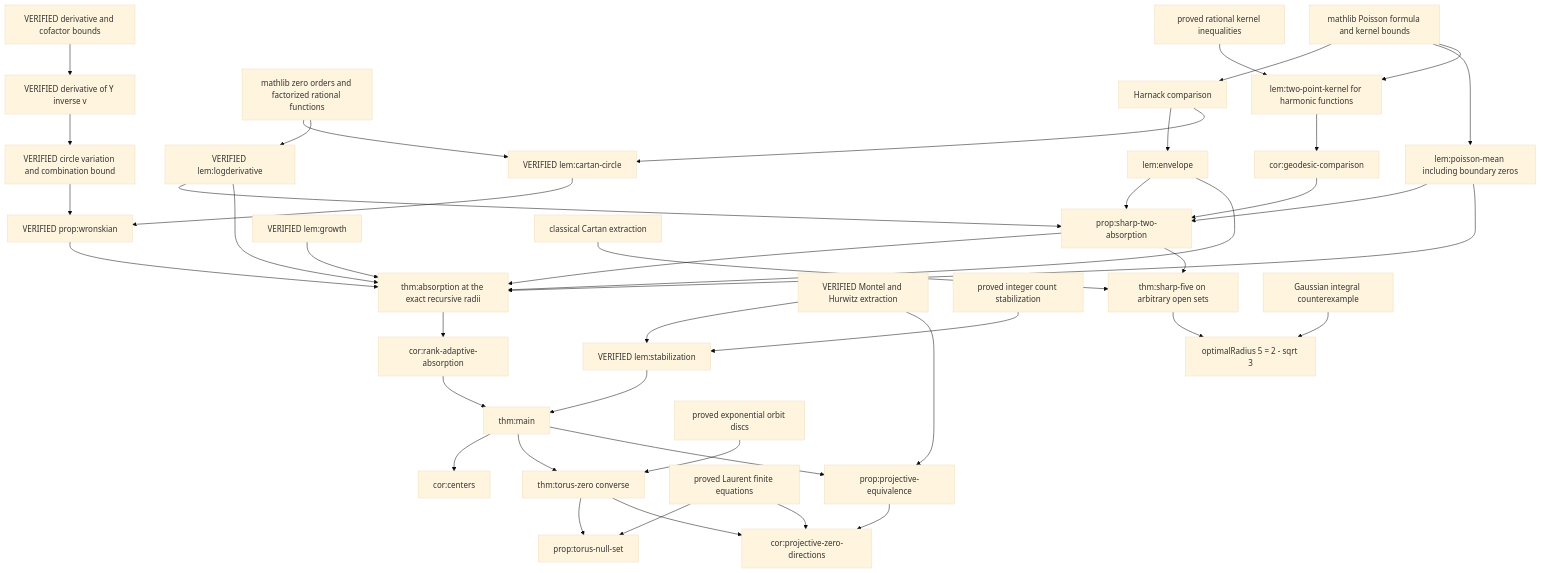
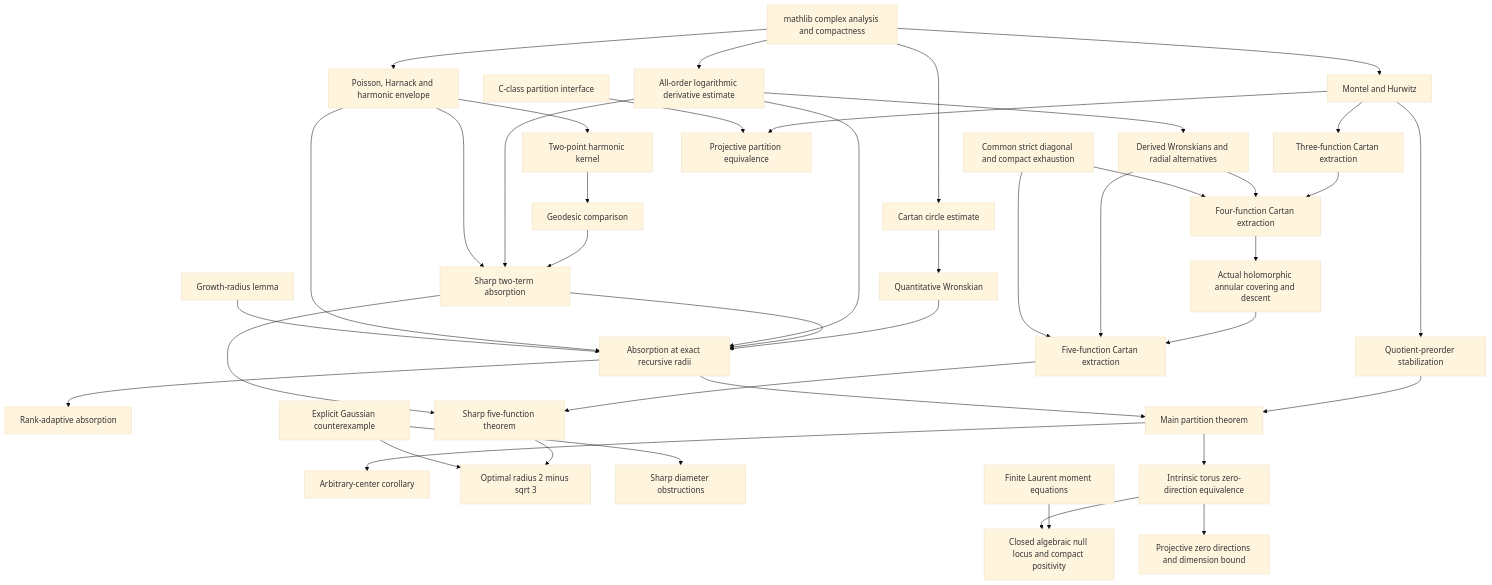
The diagram in docs/DEPENDENCIES.md (zhangteng2000/modified-cartan-lean), drawn with Mermaid (base theme) before and after one commit. The commit also changed other lines of this file and 15 other files, not shown here.

````diff
--- a/docs/DEPENDENCIES.md
+++ b/docs/DEPENDENCIES.md
@@ -5,45 +5,43 @@
 ```mermaid
 flowchart TD
-  Poisson[mathlib Poisson formula and kernel bounds] --> Harnack[Harnack comparison]
-  Harnack --> Envelope[lem:envelope]
-  Factor[mathlib zero orders and factorized rational functions] --> Circle[VERIFIED lem:cartan-circle]
-  Harnack --> Circle
-  Circle --> Wronskian[VERIFIED prop:wronskian]
-  Cauchy[VERIFIED derivative and cofactor bounds] --> Coeff[VERIFIED derivative of Y inverse v]
-  Coeff --> Variation[VERIFIED circle variation and combination bound]
-  Variation --> Wronskian
-  Factor --> LogDeriv[VERIFIED lem:logderivative]
-  Poisson --> Mean[lem:poisson-mean including boundary zeros]
-  Kernel[proved rational kernel inequalities] --> TwoPoint[lem:two-point-kernel for harmonic functions]
-  Poisson --> TwoPoint
-  TwoPoint --> Geodesic[cor:geodesic-comparison]
-  Geodesic --> TwoAbs[prop:sharp-two-absorption]
-  Envelope --> TwoAbs
-  Mean --> TwoAbs
-  LogDeriv --> TwoAbs
-  Wronskian --> Abs[thm:absorption at the exact recursive radii]
-  LogDeriv --> Abs
-  Growth[VERIFIED lem:growth] --> Abs
-  Envelope --> Abs
-  Mean --> Abs
-  TwoAbs --> Abs
-  Abs --> Rank[cor:rank-adaptive-absorption]
-  Normal[VERIFIED Montel and Hurwitz extraction] --> Stabilize[VERIFIED lem:stabilization]
-  Counts[proved integer count stabilization] --> Stabilize
-  Rank --> Main[thm:main]
-  Stabilize --> Main
-  Main --> Centers[cor:centers]
-  Classical[classical Cartan extraction] --> Five[thm:sharp-five on arbitrary open sets]
-  TwoAbs --> Five
-  Five --> Optimal[optimalRadius 5 = 2 - sqrt 3]
-  Gaussian[Gaussian integral counterexample] --> Optimal
-  Main --> Torus[thm:torus-zero converse]
-  Orbit[proved exponential orbit discs] --> Torus
-  Torus --> Null[prop:torus-null-set]
-  Finite[proved Laurent finite equations] --> Null
-  Main --> Projective[prop:projective-equivalence]
-  Normal --> Projective
-  Projective --> Directions[cor:projective-zero-directions]
-  Torus --> Directions
-  Finite --> Directions
+  ML[mathlib complex analysis and compactness] --> Normal[Montel and Hurwitz]
+  ML --> Circle[Cartan circle estimate]
+  ML --> Poisson[Poisson, Harnack and harmonic envelope]
+  Circle --> W[Quantitative Wronskian]
+  ML --> LD[All-order logarithmic derivative estimate]
+  Poisson --> TP[Two-point harmonic kernel]
+  TP --> Geo[Geodesic comparison]
+  Geo --> A2[Sharp two-term absorption]
+  LD --> A2
+  Poisson --> A2
+  W --> Abs[Absorption at exact recursive radii]
+  A2 --> Abs
+  LD --> Abs
+  Poisson --> Abs
+  Growth[Growth-radius lemma] --> Abs
+  Abs --> Rank[Rank-adaptive absorption]
+  Normal --> Stab[Quotient-preorder stabilization]
+  Stab --> Main[Main partition theorem]
+  Abs --> Main
+  Main --> Centers[Arbitrary-center corollary]
+  Normal --> C3[Three-function Cartan extraction]
+  C3 --> C4[Four-function Cartan extraction]
+  LD --> CW[Derived Wronskians and radial alternatives]
+  CW --> C4
+  C4 --> Ann[Actual holomorphic annular covering and descent]
+  Ann --> C5[Five-function Cartan extraction]
+  CW --> C5
+  Diag[Common strict diagonal and compact exhaustion] --> C4
+  Diag --> C5
+  C5 --> Five[Sharp five-function theorem]
+  A2 --> Five
+  Five --> R5[Optimal radius 2 minus sqrt 3]
+  G[Explicit Gaussian counterexample] --> R5
+  G --> Diam[Sharp diameter obstructions]
+  Main --> Torus[Intrinsic torus zero-direction equivalence]
+  Moment[Finite Laurent moment equations] --> Null[Closed algebraic null locus and compact positivity]
+  Torus --> Null
+  Torus --> ProjZero[Projective zero directions and dimension bound]
+  Normal --> ProjEq[Projective partition equivalence]
+  CP[C-class partition interface] --> ProjEq
 ```
````
